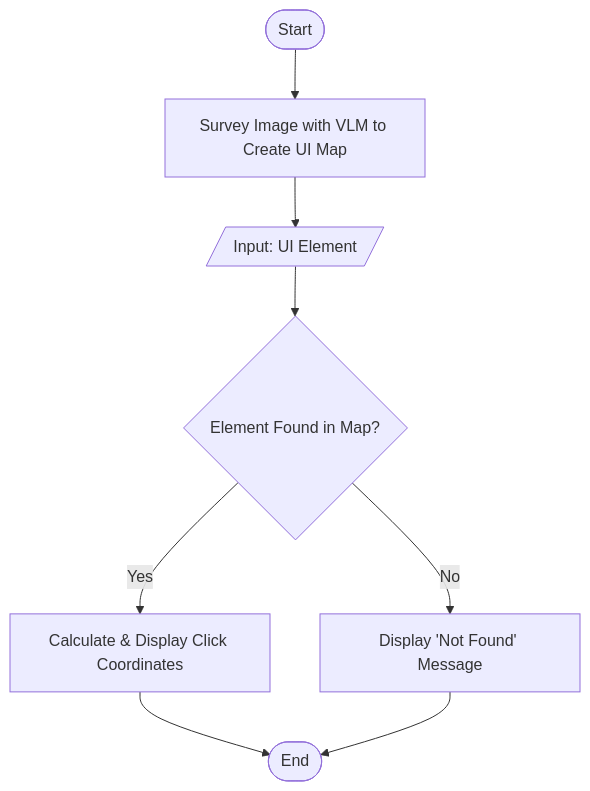
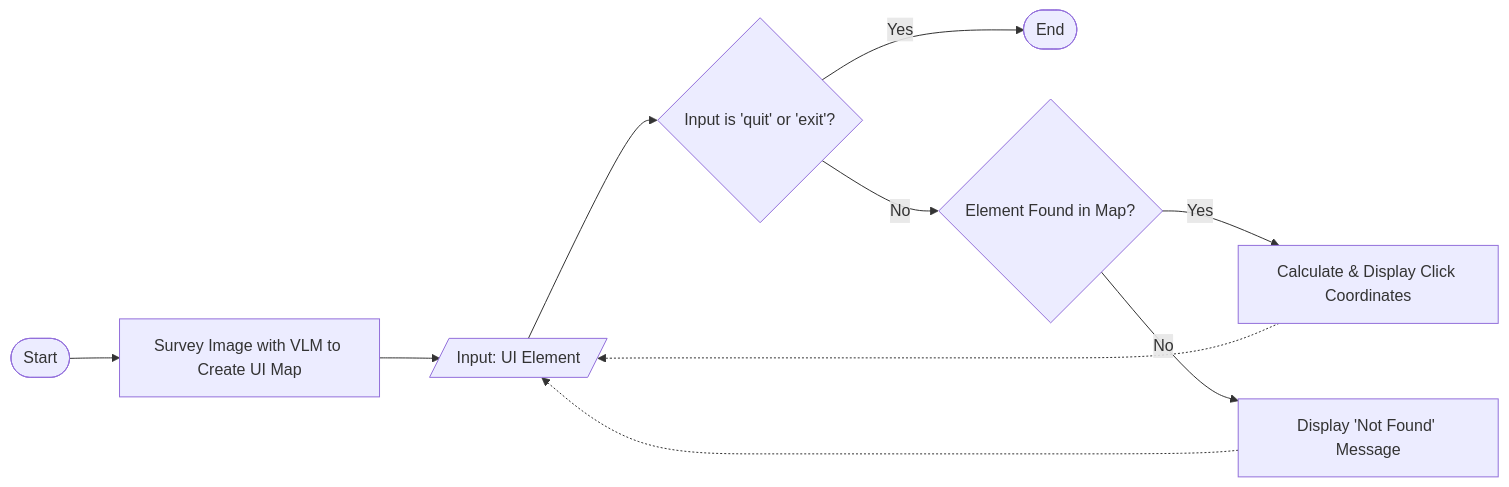
Before and after one commit to NhatAnh1801/VLM-UI-Element-Locator: the diagram in README.md, drawn with Mermaid. The commit also changed other lines of this file, not shown here.

````diff
--- a/README.md
+++ b/README.md
@@ -10,12 +9,12 @@
  ```mermaid
-flowchart TD
-        A(["Start"])
-        A([Start]) --> B[Survey Image with VLM to Create UI Map];
-        B --> C[/Input: UI Element/];
-        C --> D{"Element Found in Map?"};
-        D -- Yes --> E[Calculate & Display Click Coordinates];
-        D -- No --> F[Display 'Not Found' Message];
-
-        E --> G([End]);
-        F --> G;
+flowchart LR
+    A([Start]) --> B[Survey Image with VLM to Create UI Map]
+    B --> C[/Input: UI Element/]
+    C --> D{"Input is 'quit' or 'exit'?"}
+    D -- Yes --> Z([End])
+    D -- No --> E{"Element Found in Map?"}
+    E -- Yes --> F[Calculate & Display Click Coordinates]
+    E -- No --> H[Display 'Not Found' Message]
+    F -.-> C
+    H -.-> C
 ```
````
